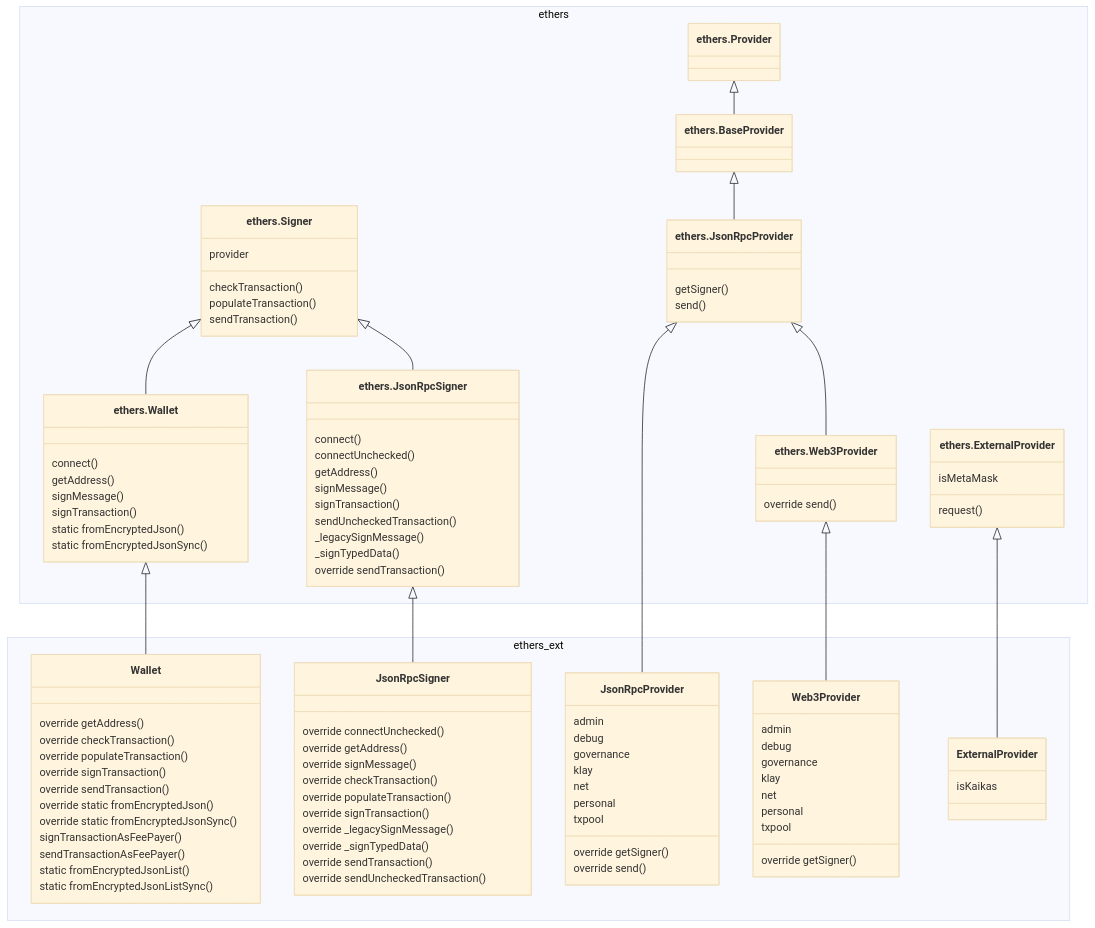
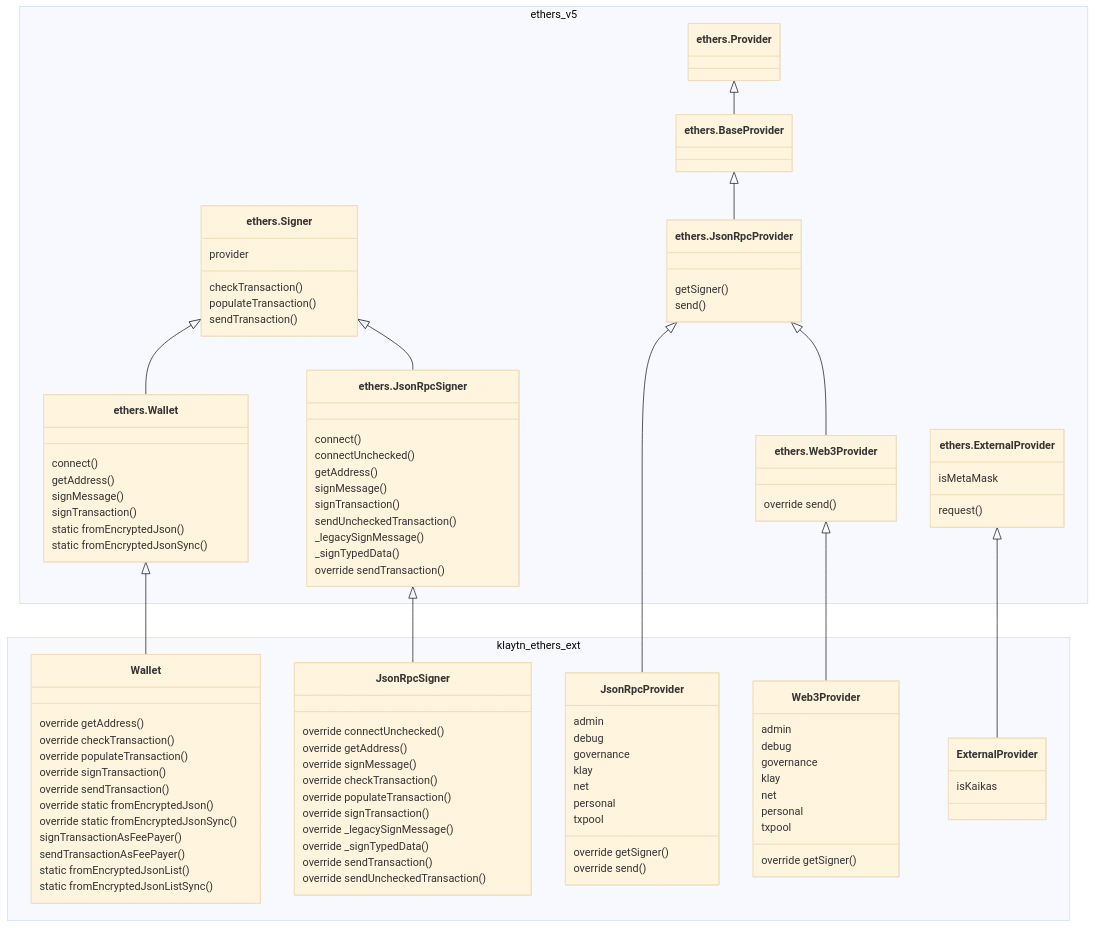
Before and after one commit to klaytn/web3klaytn: the diagram in ethers-ext/README.md, drawn with Mermaid (base theme). The commit also changed other lines of this file and 2 other files, not shown here.

Commit message:
ethers: Update README note for ethers v6

````diff
--- a/ethers-ext/README.md
+++ b/ethers-ext/README.md
@@ -51,6 +78,6 @@
 ```mermaid
 classDiagram
-    namespace ethers {
+    namespace ethers_v5 {
         class ethers_Signer["ethers.Signer"] {
             provider
             checkTransaction()
@@ -93,7 +120,7 @@
             request()
         }
     }
-    namespace ethers_ext {
+    namespace klaytn_ethers_ext {
         class Wallet {
             override getAddress()
             override checkTransaction()
````
